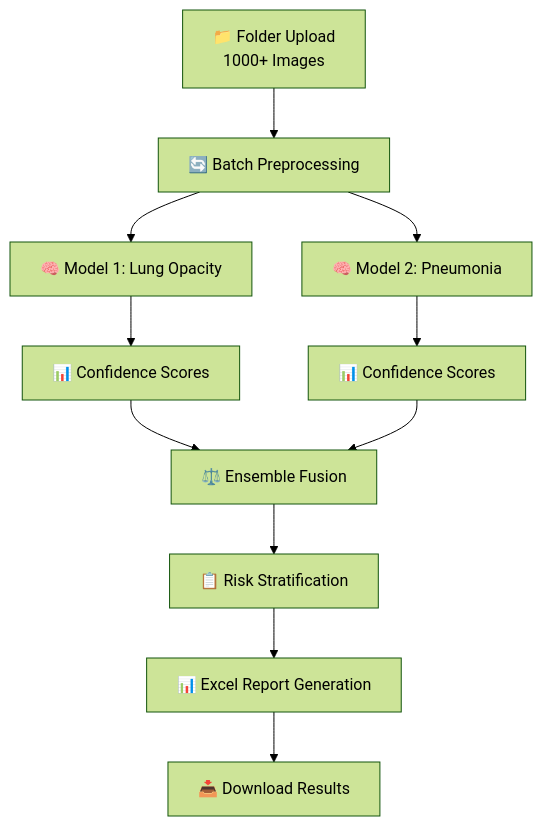
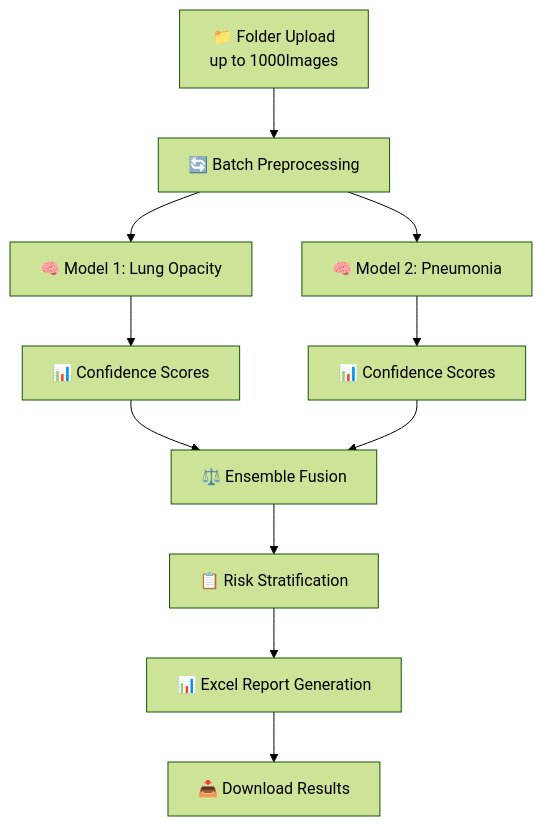
Before and after one commit to mXrahul01/Chest-X-Ray-disease-detection-using-Liquid-Neural-Network-LNNs: the diagram in README.md, drawn with Mermaid (forest theme). The commit also changed other lines of this file, not shown here.

````diff
--- a/README.md
+++ b/README.md
@@ -171,13 +171,13 @@
 ```mermaid
 graph TB
-    A[📁 Folder Upload<br/>1000+ Images] --> B[🔄 Batch Preprocessing]
+    A[📁 Folder Upload<br/>up to 1000Images] --> B[🔄 Batch Preprocessing]
     B --> C[🧠 Model 1: Lung Opacity]
     B --> D[🧠 Model 2: Pneumonia]
     C --> E[📊 Confidence Scores]
     D --> F[📊 Confidence Scores]
     E --> G[⚖️ Ensemble Fusion]
     F --> G
     G --> H[📋 Risk Stratification]
     H --> I[📊 Excel Report Generation]
     I --> J[📥 Download Results]
 ```
````
